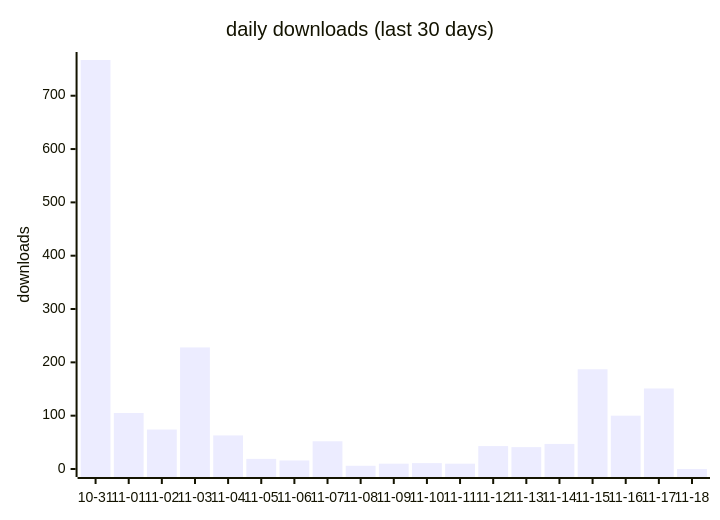
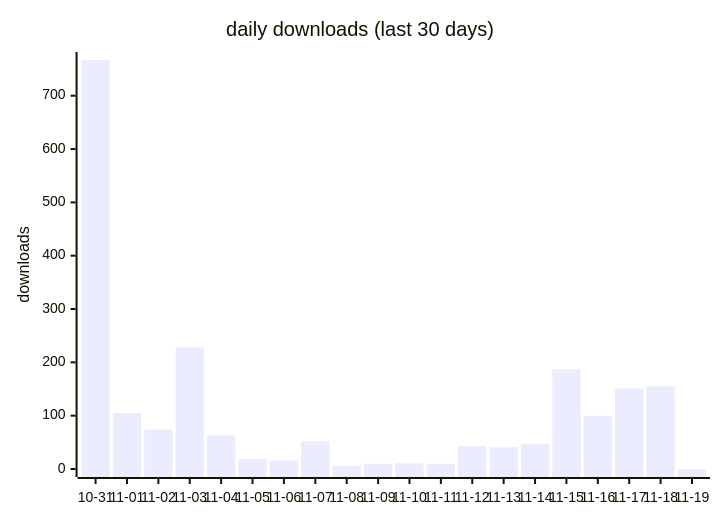
Before and after one commit to terry2010/opencode-loop-recover: the first of 2 diagrams in docs/downloads-2026.md, drawn with Mermaid. The commit also changed other lines of this file and 1 other file, not shown here.

````diff
--- a/docs/downloads-2026.md
+++ b/docs/downloads-2026.md
@@ -19,7 +19,7 @@
 ```mermaid
 xychart-beta
     title "daily downloads (last 30 days)"
-    x-axis ["10-31", "11-01", "11-02", "11-03", "11-04", "11-05", "11-06", "11-07", "11-08", "11-09", "11-10", "11-11", "11-12", "11-13", "11-14", "11-15", "11-16", "11-17", "11-18"]
+    x-axis ["10-31", "11-01", "11-02", "11-03", "11-04", "11-05", "11-06", "11-07", "11-08", "11-09", "11-10", "11-11", "11-12", "11-13", "11-14", "11-15", "11-16", "11-17", "11-18", "11-19"]
     y-axis "downloads" 0 --> 767
-    bar [767, 105, 74, 228, 63, 19, 16, 52, 6, 10, 11, 10, 43, 41, 47, 187, 100, 151, 0]
+    bar [767, 105, 74, 228, 63, 19, 16, 52, 6, 10, 11, 10, 43, 41, 47, 187, 100, 151, 155, 0]
 ```
````
